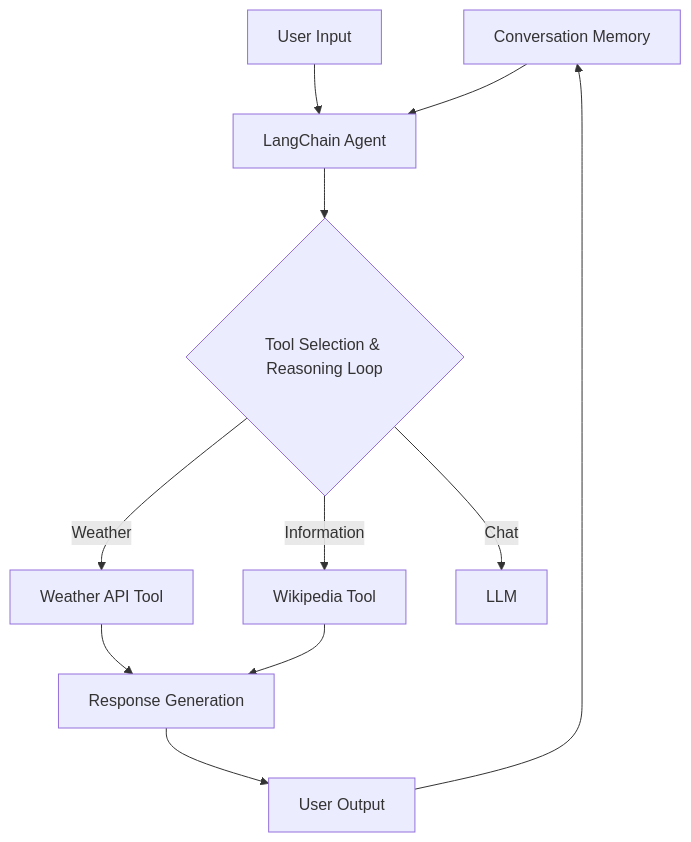
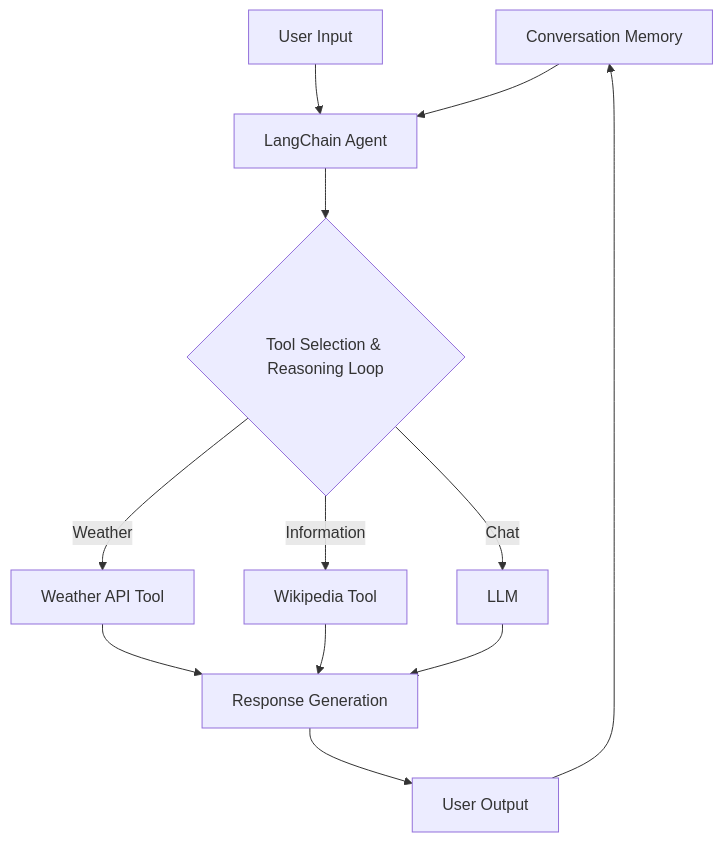
One commit to mameshini/ai-cookbook changed the diagram in src/langchain/README.md. Above: the diagram before and after it, drawn with Mermaid.

Commit message:
Update readme diagram

````diff
--- a/src/langchain/README.md
+++ b/src/langchain/README.md
@@ -18,14 +18,15 @@
 ```mermaid
 graph TD
     M[Conversation Memory]
     A[User Input] --> B[LangChain Agent]
     M --> B
     B --> C{Tool Selection & Reasoning Loop}
     C -->|Weather| D[Weather API Tool]
     C -->|Information| E[Wikipedia Tool]
     C -->|Chat| L[LLM]
     D --> F[Response Generation]
     E --> F
+    L --> F
     F --> G[User Output]
     G --> M
 ```
````
